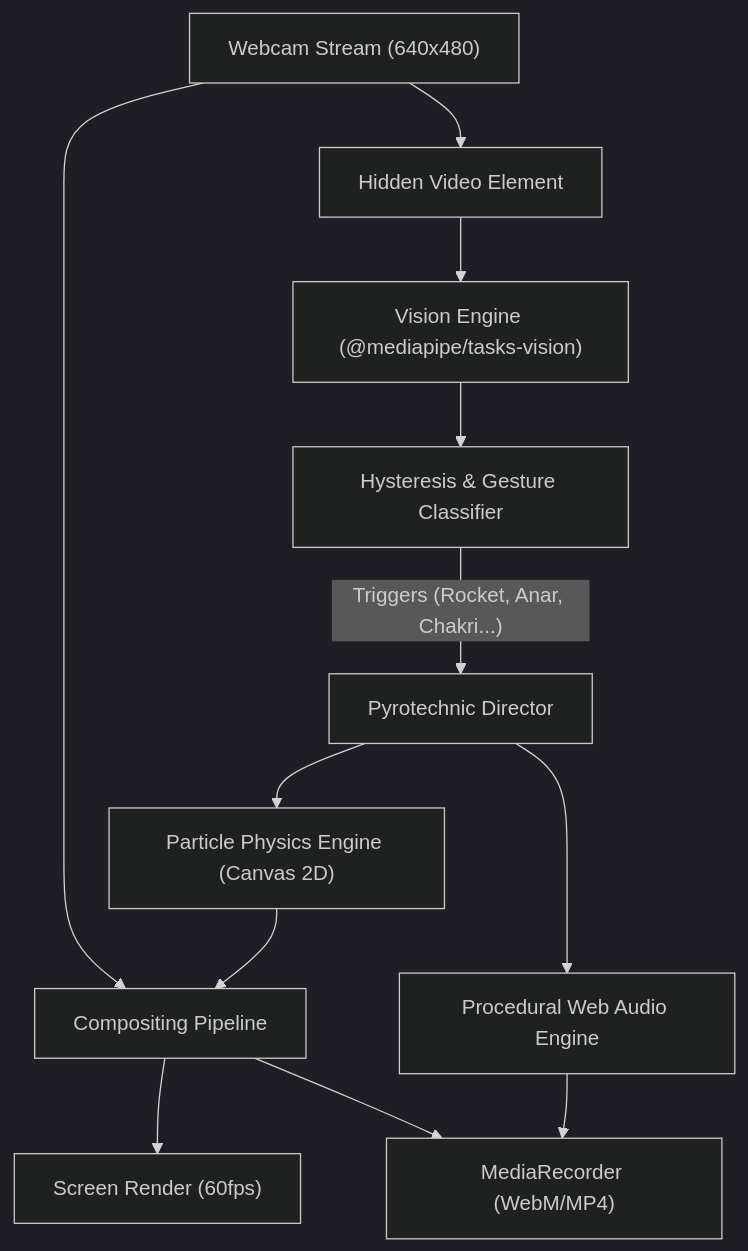
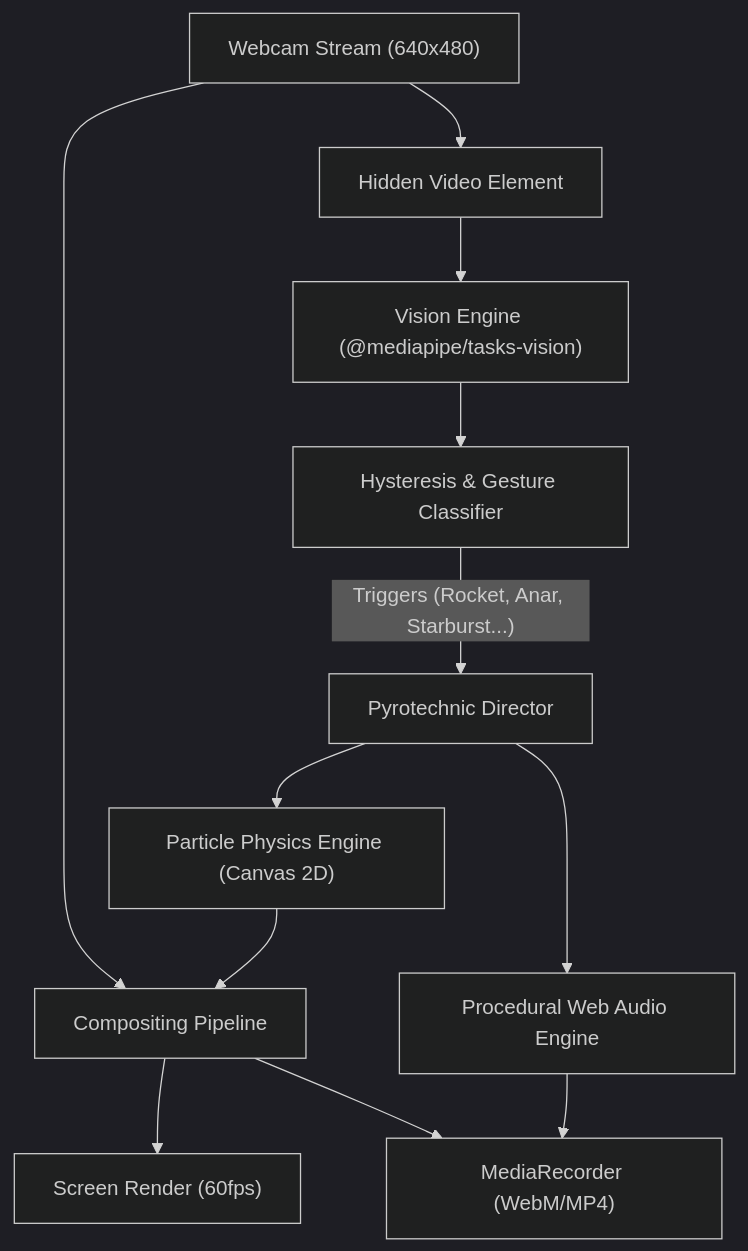
Before and after one commit to aritradutta-dev/fireworks-diwali: the diagram in docs/architecture.md, drawn with Mermaid (dark theme). The commit also changed other lines of this file and 1 other file, not shown here.

First line of the commit message:
docs: update architecture and gesture table to reflect 6-gesture suite

````diff
--- a/docs/architecture.md
+++ b/docs/architecture.md
@@ -7,18 +7,18 @@
 ```mermaid
 flowchart TD
     Camera["Webcam Stream (640x480)"] --> VideoElem["Hidden Video Element"]
     VideoElem --> Vision["Vision Engine (@mediapipe/tasks-vision)"]
     Vision --> Stabilizer["Hysteresis & Gesture Classifier"]
     
-    Stabilizer -->|"Triggers (Rocket, Anar, Chakri...)"| Director["Pyrotechnic Director"]
+    Stabilizer -->|"Triggers (Rocket, Anar, Starburst...)"| Director["Pyrotechnic Director"]
     
     Director --> ParticleSim["Particle Physics Engine (Canvas 2D)"]
     Director --> AudioSynth["Procedural Web Audio Engine"]
     
     Camera --> VideoCanvas["Compositing Pipeline"]
     ParticleSim --> VideoCanvas
     
     VideoCanvas --> Display["Screen Render (60fps)"]
     VideoCanvas --> Recorder["MediaRecorder (WebM/MP4)"]
     AudioSynth --> Recorder
 ```
````
